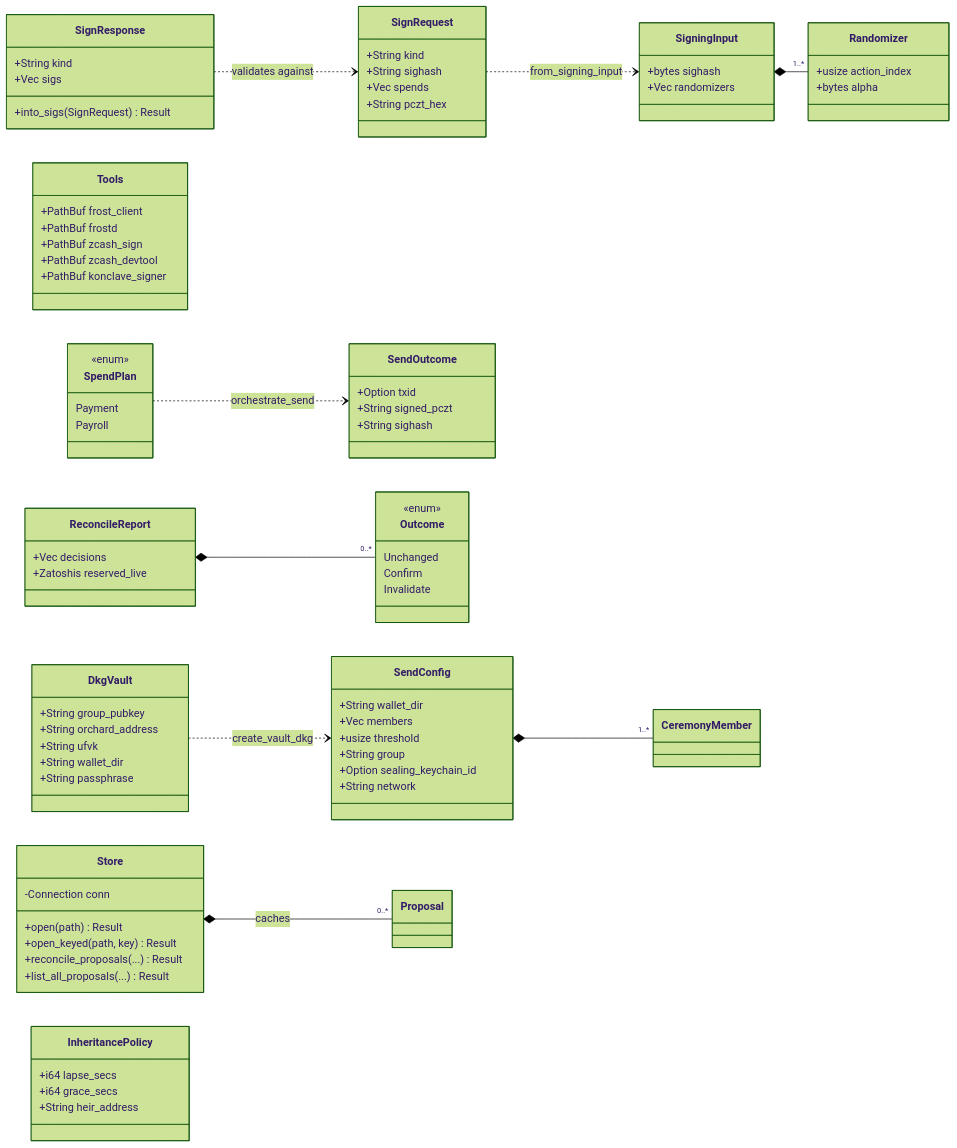
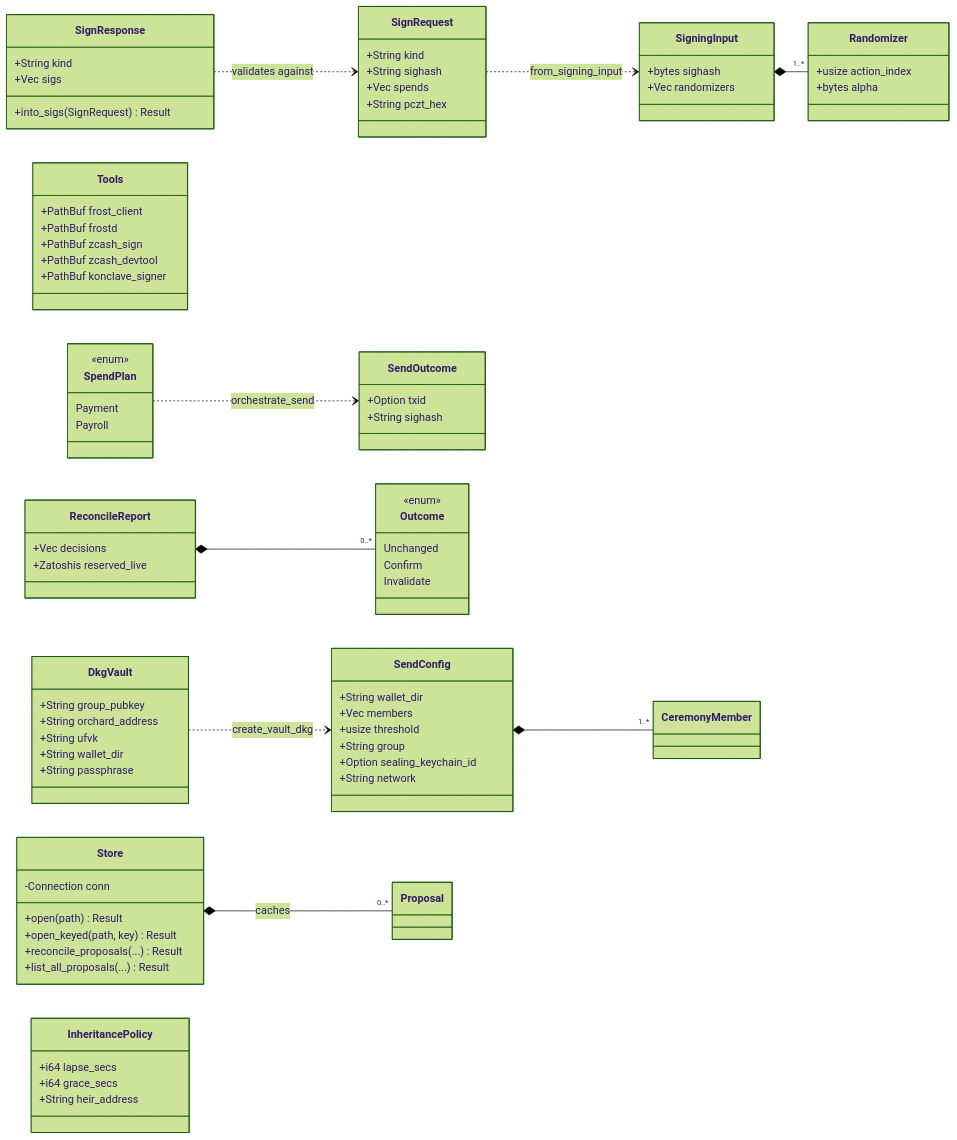
Before and after one commit to deegalabs/konclave: the second of 7 diagrams in docs/GUIDE.md, drawn with Mermaid (forest theme). The commit also changed 8 other files, not shown here.

```diff
--- a/docs/GUIDE.md
+++ b/docs/GUIDE.md
@@ -181,7 +181,6 @@
     }
     class SendOutcome {
         +Option txid
-        +String signed_pczt
         +String sighash
     }
     class SigningInput {
```
